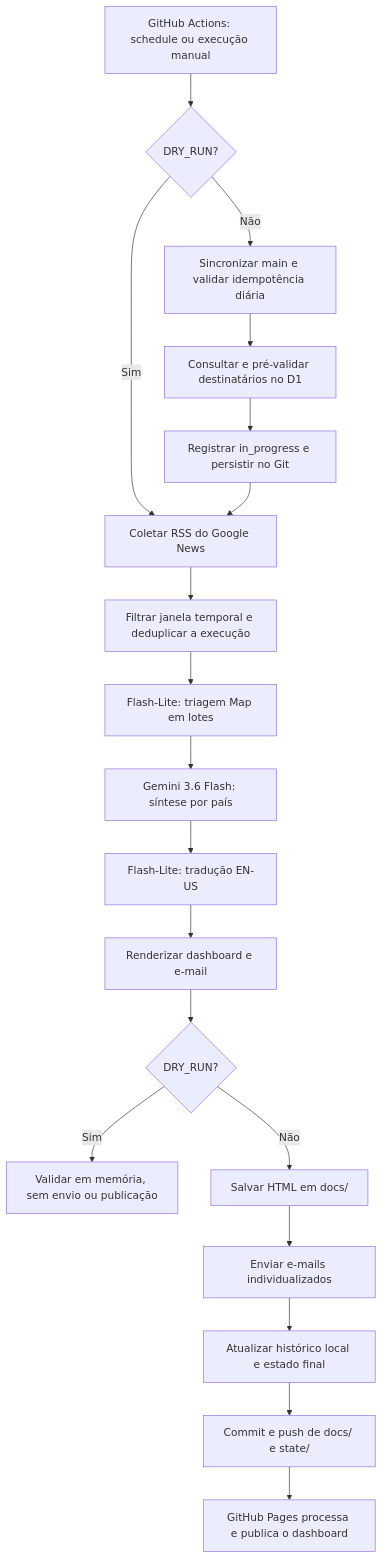
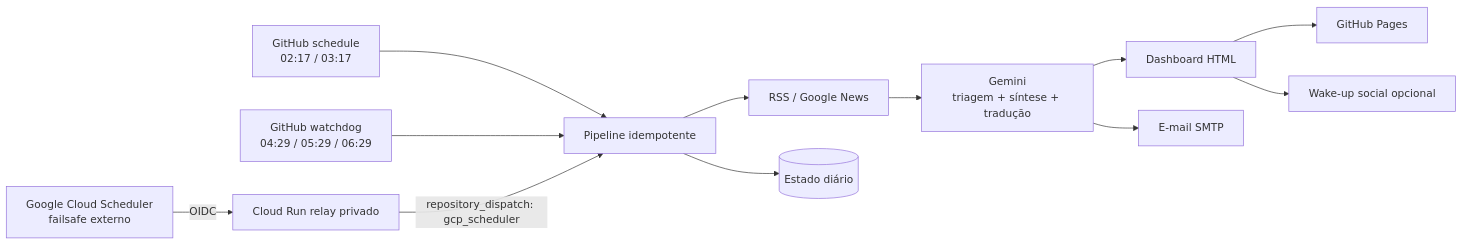
The first of 3 diagrams in README.md (thalesandradepereira/monitoramento-internacional), drawn with Mermaid before and after one commit. The commit also changed other lines of this file, not shown here.

Commit message:
docs: publica README premium bilíngue com arquitetura de resiliência

````diff
--- a/README.md
+++ b/README.md
@@ -46,21 +39,14 @@
 ```mermaid
-flowchart TD
-    A[GitHub Actions: schedule ou execução manual] --> B{DRY_RUN?}
-    B -- Não --> C[Sincronizar main e validar idempotência diária]
-    C --> D[Consultar e pré-validar destinatários no D1]
-    D --> E[Registrar in_progress e persistir no Git]
-    B -- Sim --> F[Coletar RSS do Google News]
-    E --> F
-    F --> G[Filtrar janela temporal e deduplicar a execução]
-    G --> H[Flash-Lite: triagem Map em lotes]
-    H --> I[Gemini 3.6 Flash: síntese por país]
-    I --> J[Flash-Lite: tradução EN-US]
-    J --> K[Renderizar dashboard e e-mail]
-    K --> L{DRY_RUN?}
-    L -- Sim --> M[Validar em memória, sem envio ou publicação]
-    L -- Não --> N[Salvar HTML em docs/]
-    N --> O[Enviar e-mails individualizados]
-    O --> P[Atualizar histórico local e estado final]
-    P --> Q[Commit e push de docs/ e state/]
-    Q --> R[GitHub Pages processa e publica o dashboard]
+flowchart LR
+    GH1[GitHub schedule<br/>02:17 / 03:17] --> PIPE
+    GH2[GitHub watchdog<br/>04:29 / 05:29 / 06:29] --> PIPE
+    GCS[Google Cloud Scheduler<br/>failsafe externo] -->|OIDC| CR[Cloud Run relay privado]
+    CR -->|repository_dispatch: gcp_scheduler| PIPE[Pipeline idempotente]
+    PIPE --> RSS[RSS / Google News]
+    RSS --> AI[Gemini<br/>triagem + síntese + tradução]
+    AI --> DASH[Dashboard HTML]
+    AI --> MAIL[E-mail SMTP]
+    DASH --> PAGES[GitHub Pages]
+    PIPE --> STATE[(Estado diário)]
+    DASH --> SOCIAL[Wake-up social opcional]
 ```
````
